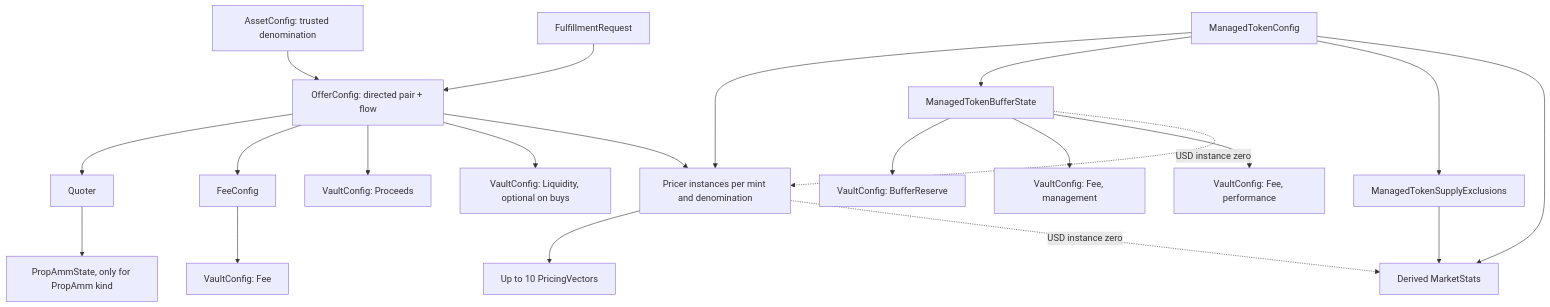
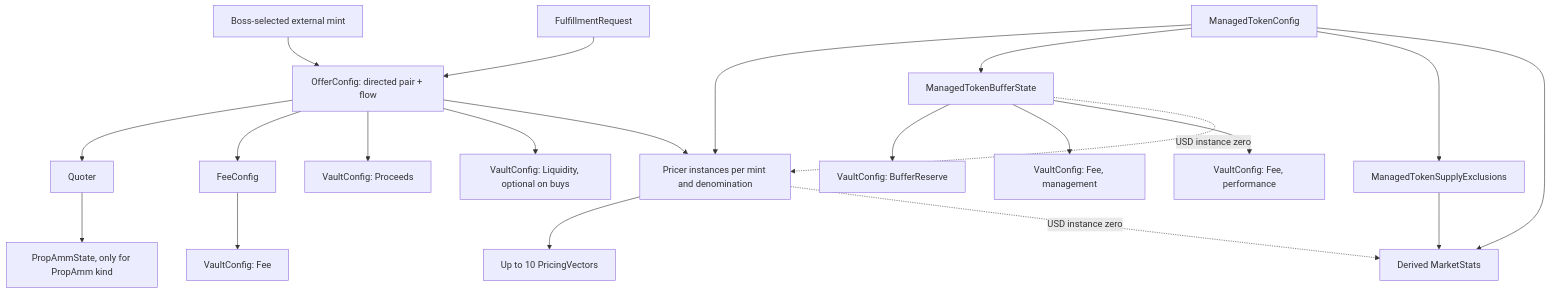
The diagram in docs/MODULAR_MODEL.md (onre-finance/onre-sol), drawn with Mermaid before and after one commit. The commit also changed other lines of this file and 16 other files, not shown here.

Commit message:
refactor: trust boss-selected assets without registration

````diff
--- a/docs/MODULAR_MODEL.md
+++ b/docs/MODULAR_MODEL.md
@@ -23,23 +23,23 @@
 ```mermaid
 flowchart TD
-    Asset[AssetConfig: trusted denomination] --> Offer
+    Asset[Boss-selected external mint] --> Offer
     Token[ManagedTokenConfig] --> Pricer[Pricer instances per mint and denomination]
     Pricer --> Vectors[Up to 10 PricingVectors]
     Token --> Buffer[ManagedTokenBufferState]
     Token --> Exclusions[ManagedTokenSupplyExclusions]
     Token --> Stats[Derived MarketStats]
     Pricer -. USD instance zero .-> Stats
     Exclusions --> Stats
     Offer[OfferConfig: directed pair + flow] --> Quoter
     Offer --> Fee[FeeConfig]
     Fee --> FeeVault[VaultConfig: Fee]
     Offer --> Proceeds[VaultConfig: Proceeds]
     Offer --> Liquidity[VaultConfig: Liquidity, optional on buys]
     Offer --> Pricer
     Quoter --> Amm[PropAmmState, only for PropAmm kind]
     Request[FulfillmentRequest] --> Offer
     Buffer --> Reserve[VaultConfig: BufferReserve]
     Buffer --> Management[VaultConfig: Fee, management]
     Buffer --> Performance[VaultConfig: Fee, performance]
     Buffer -. USD instance zero .-> Pricer
 ```
````
